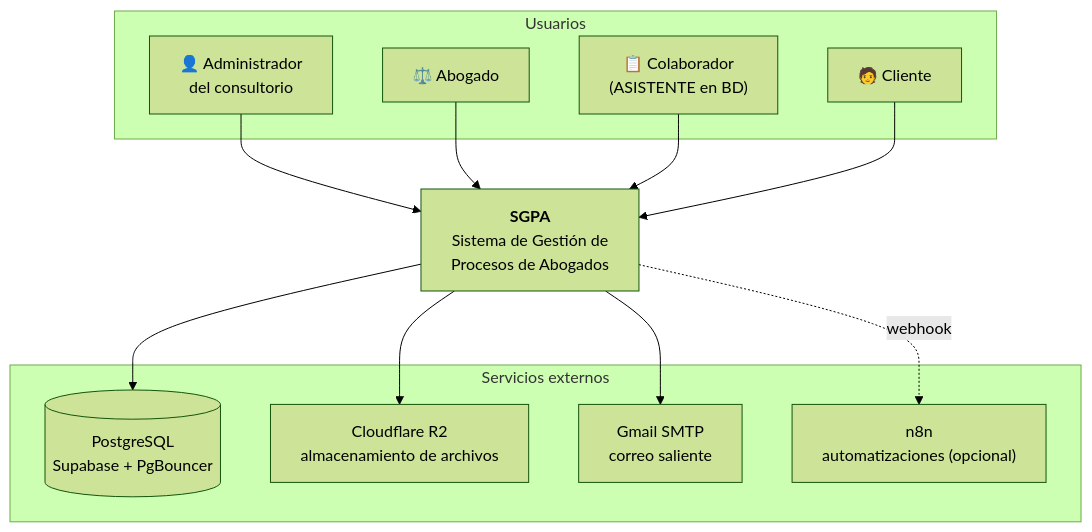
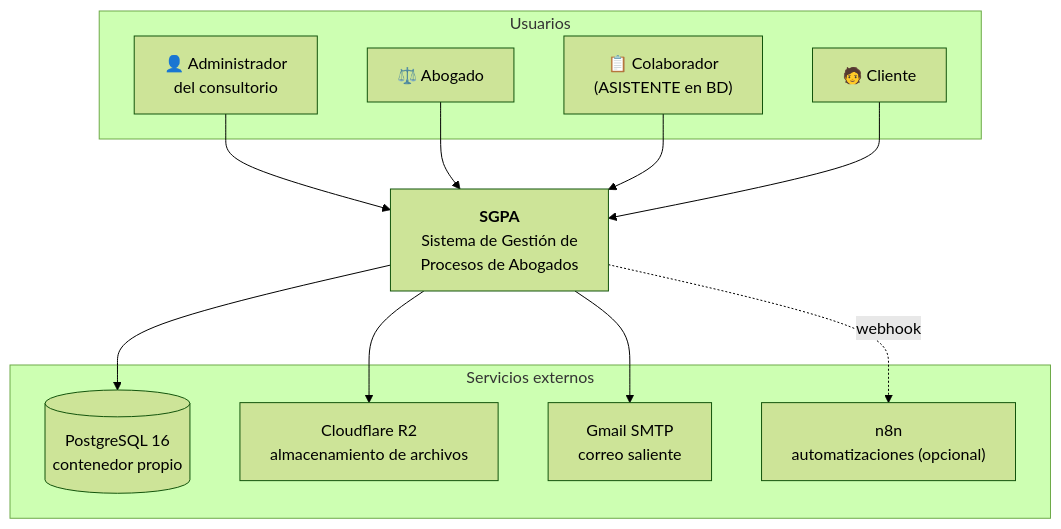
The first of 7 diagrams in docs/01-ARQUITECTURA.md (Aryannext/sistema-juridico), drawn with Mermaid (forest theme) before and after one commit. The commit also changed other lines of this file and 8 other files, not shown here.

````diff
--- a/docs/01-ARQUITECTURA.md
+++ b/docs/01-ARQUITECTURA.md
@@ -57,28 +57,28 @@
 ```mermaid
 graph TB
     subgraph Usuarios
         ADM["👤 Administrador<br/>del consultorio"]
         ABO["⚖️ Abogado"]
         ASI["📋 Colaborador<br/>(ASISTENTE en BD)"]
         CLI["🧑 Cliente"]
     end
 
     SGPA["<b>SGPA</b><br/>Sistema de Gestión de<br/>Procesos de Abogados"]
 
     subgraph "Servicios externos"
-        PG[("PostgreSQL<br/>Supabase + PgBouncer")]
+        PG[("PostgreSQL 16<br/>contenedor propio")]
         R2["Cloudflare R2<br/>almacenamiento de archivos"]
         SMTP["Gmail SMTP<br/>correo saliente"]
         N8N["n8n<br/>automatizaciones (opcional)"]
     end
 
     ADM --> SGPA
     ABO --> SGPA
     ASI --> SGPA
     CLI --> SGPA
 
     SGPA --> PG
     SGPA --> R2
     SGPA --> SMTP
     SGPA -.webhook.-> N8N
 ```
````
